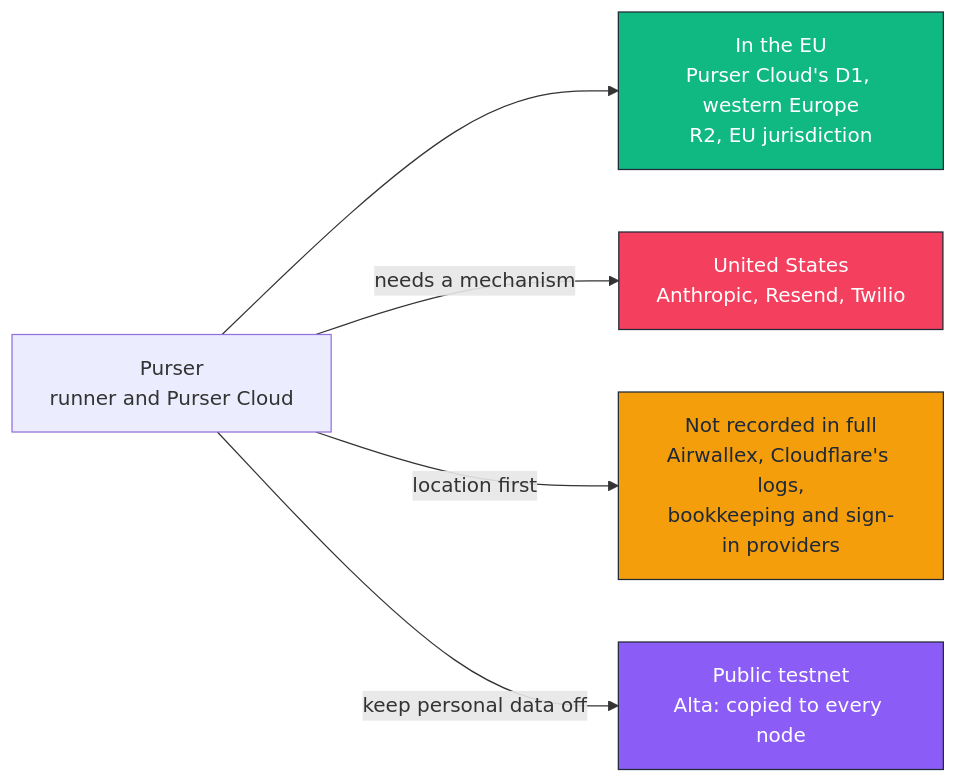
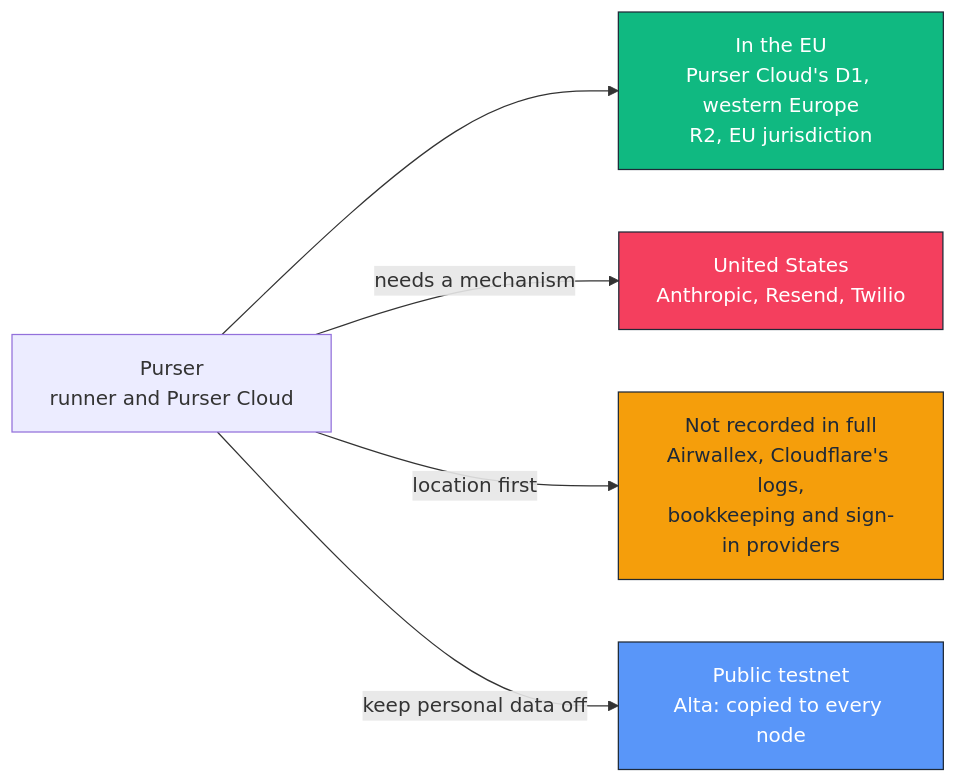
Before and after one commit to agamemnon-coder/x402-business-agents: the diagram in docs/compliance/transfers.md, drawn with Mermaid. The commit also changed other lines of this file and 184 other files, not shown here.

````diff
--- a/docs/compliance/transfers.md
+++ b/docs/compliance/transfers.md
@@ -30,19 +30,19 @@
 ```mermaid
 flowchart LR
   EU["In the EU<br/>Purser Cloud's D1, western Europe<br/>R2, EU jurisdiction"]
   US["United States<br/>Anthropic, Resend, Twilio"]
   NK["Not recorded in full<br/>Airwallex, Cloudflare's logs,<br/>bookkeeping and sign-in providers"]
   PC["Public testnet<br/>Alta: copied to every node"]
   P["Purser<br/>runner and Purser Cloud"] --> EU
   P -->|"needs a mechanism"| US
   P -->|"location first"| NK
   P -->|"keep personal data off"| PC
   classDef eu fill:#10b981,stroke:#1f2937,color:#fff
   classDef us fill:#f43f5e,stroke:#1f2937,color:#fff
   classDef nk fill:#f59e0b,stroke:#1f2937,color:#1f2937
-  classDef pc fill:#8b5cf6,stroke:#1f2937,color:#fff
+  classDef pc fill:#5996f9,stroke:#1f2937,color:#fff
   class EU eu
   class US us
   class NK nk
   class PC pc
 ```
````
